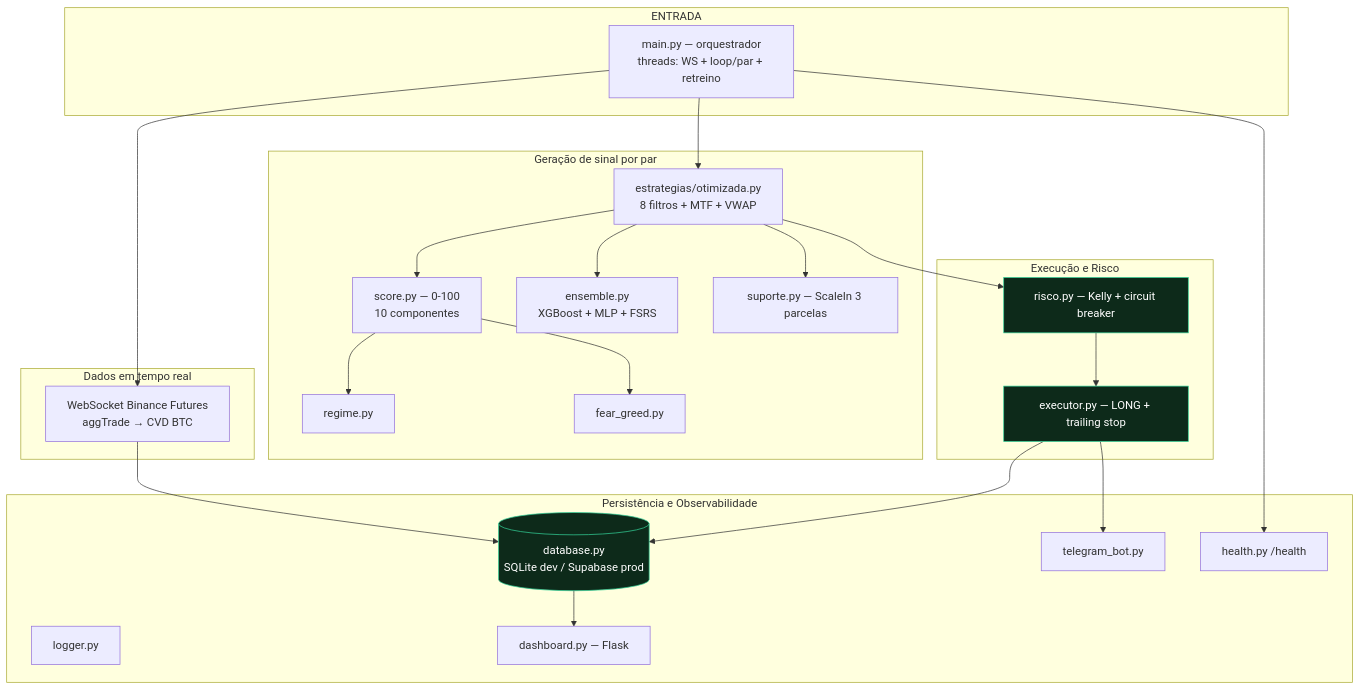
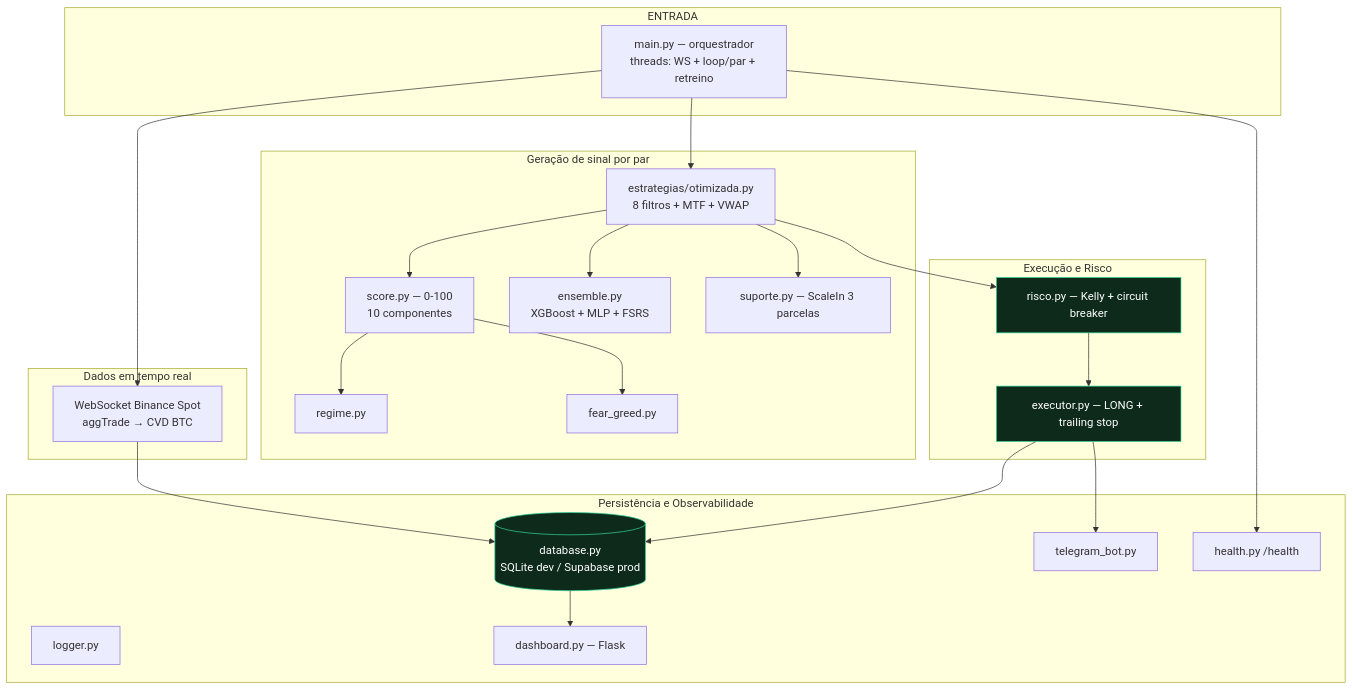
Before and after one commit to orgateccloud-bot/CryptoXBot: the diagram in docs/Arquitetura/Visao Geral.md, drawn with Mermaid. The commit also changed other lines of this file and 13 other files, not shown here.

````diff
--- a/docs/Arquitetura/Visao Geral.md
+++ b/docs/Arquitetura/Visao Geral.md
@@ -16,41 +21,41 @@
 ```mermaid
 flowchart TD
     subgraph ENTRADA
         MAIN[main.py — orquestrador<br/>threads: WS + loop/par + retreino]
     end
     subgraph TEMPO_REAL[Dados em tempo real]
-        WS[WebSocket Binance Futures<br/>aggTrade → CVD BTC]
+        WS[WebSocket Binance Spot<br/>aggTrade → CVD BTC]
     end
     subgraph SINAL[Geração de sinal por par]
         OTM[estrategias/otimizada.py<br/>8 filtros + MTF + VWAP]
         SCORE[score.py — 0-100<br/>10 componentes]
         REG[regime.py]
         FG[fear_greed.py]
         ENS[ensemble.py<br/>XGBoost + MLP + FSRS]
         SUP[suporte.py — ScaleIn 3 parcelas]
     end
     subgraph EXEC[Execução e Risco]
         RISCO[risco.py — Kelly + circuit breaker]
         EXE[executor.py — LONG + trailing stop]
     end
     subgraph DADOS[Persistência e Observabilidade]
         DB[(database.py<br/>SQLite dev / Supabase prod)]
         LOG[logger.py]
         TG[telegram_bot.py]
         HEALTH[health.py /health]
         DASH[dashboard.py — Flask]
     end
 
     MAIN --> WS --> DB
     MAIN --> OTM
     OTM --> SCORE --> REG & FG
     OTM --> ENS
     OTM --> SUP
     OTM --> RISCO --> EXE --> DB
     MAIN --> HEALTH
     EXE --> TG
     DB --> DASH
 
     classDef ok fill:#0d2a1a,stroke:#34d399,color:#fff;
     class RISCO,EXE,DB ok;
 ```
````
